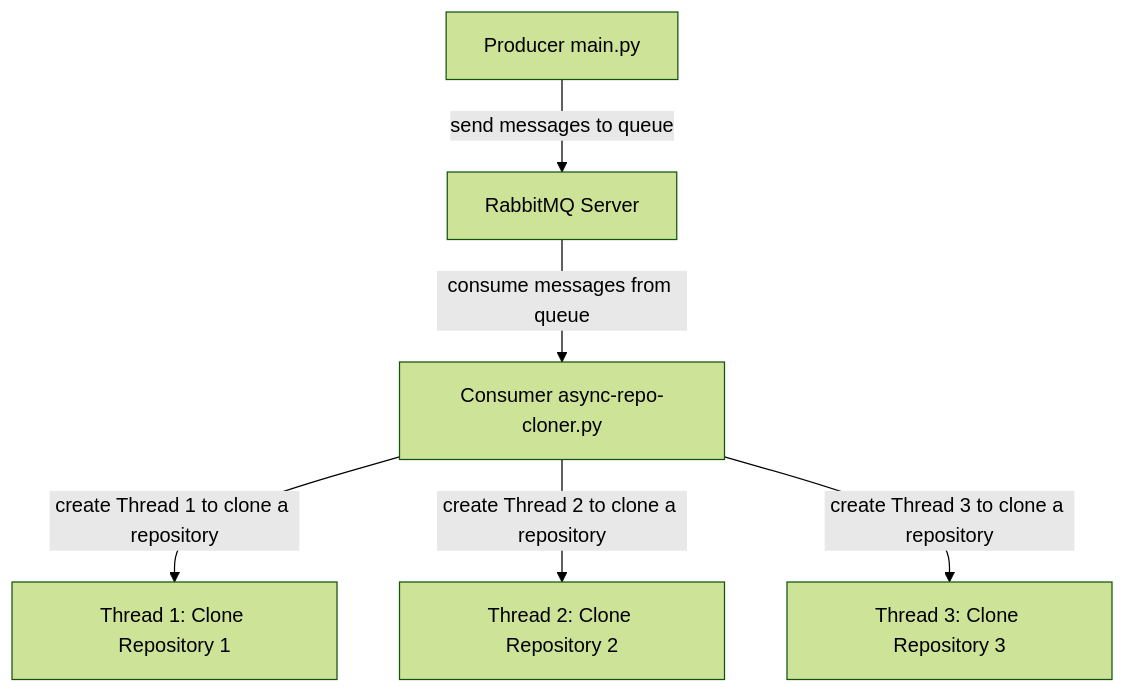
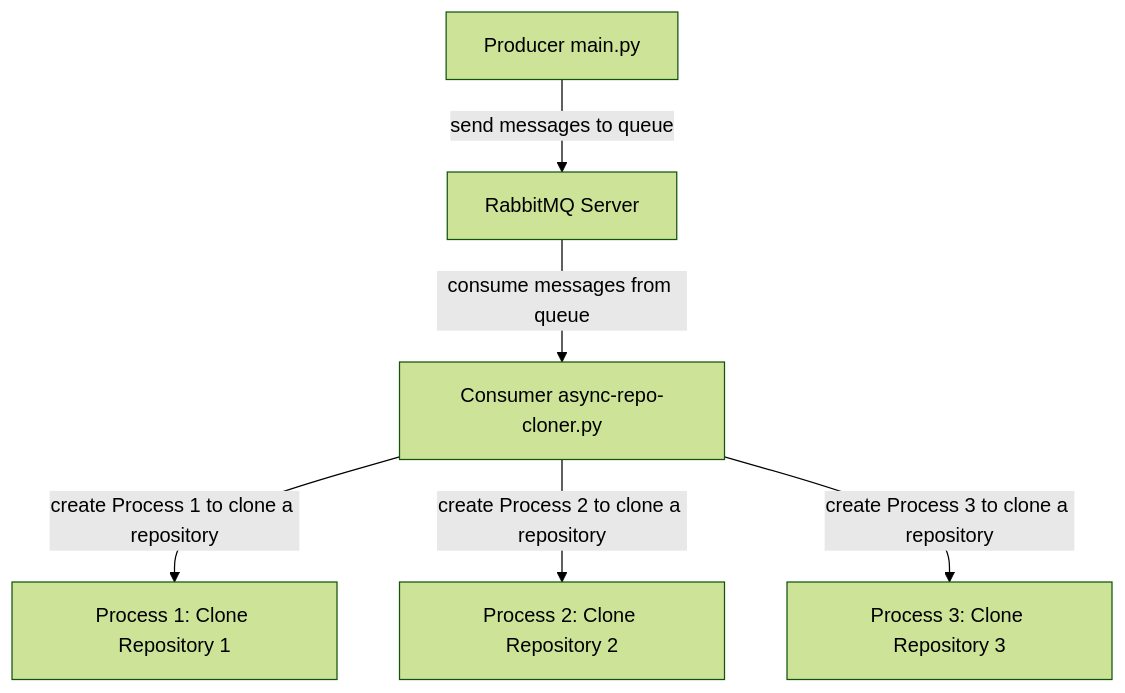
The diagram in README.md (gustavogk/async-repo-cloner), drawn with Mermaid (forest theme) before and after one commit.

````diff
--- a/README.md
+++ b/README.md
@@ -38,8 +38,8 @@
 ```mermaid
 flowchart TB
     A[Producer main.py] -->|send messages to queue| B[RabbitMQ Server]
     B --> |consume messages from queue| C[Consumer async-repo-cloner.py]
-    C -->|create Thread 1 to clone a repository | D[Thread 1: Clone Repository 1]
-    C -->|create Thread 2 to clone a repository | E[Thread 2: Clone Repository 2]
-    C -->|create Thread 3 to clone a repository | F[Thread 3: Clone Repository 3]
+    C -->|create Process 1 to clone a repository | D[Process 1: Clone Repository 1]
+    C -->|create Process 2 to clone a repository | E[Process 2: Clone Repository 2]
+    C -->|create Process 3 to clone a repository | F[Process 3: Clone Repository 3]
 ```
````
